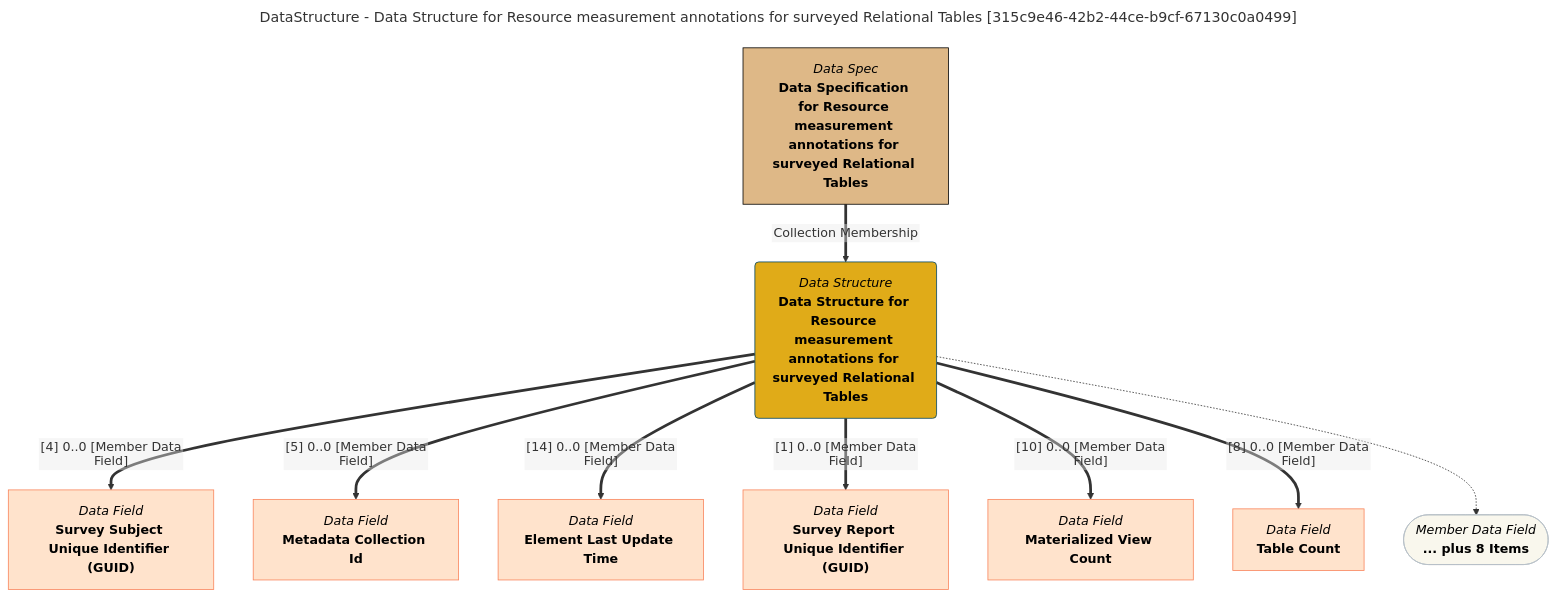
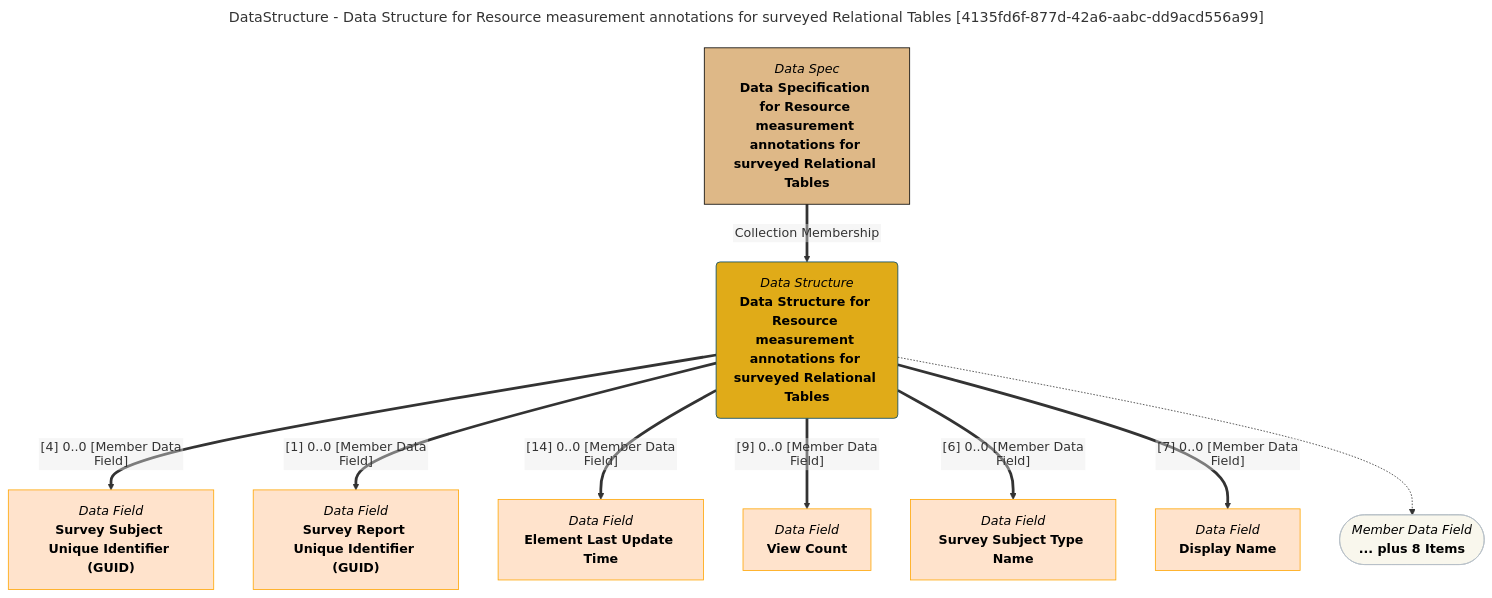
One commit to odpi/egeria-docs changed the diagram in site/snippets/data-structures/data-structure-for-resource-measurement-annotations-for-surveyed-relational-tables-mermaid-graph.md. Above: the diagram before and after it, drawn with Mermaid. The commit also changed 2201 other files, not shown here.

````diff
--- a/site/snippets/data-structures/data-structure-for-resource-measurement-annotations-for-surveyed-relational-tables-mermaid-graph.md
+++ b/site/snippets/data-structures/data-structure-for-resource-measurement-annotations-for-surveyed-relational-tables-mermaid-graph.md
@@ -1,43 +1,43 @@
 ```mermaid
 ---
-title: DataStructure - Data Structure for Resource measurement annotations for surveyed Relational Tables [315c9e46-42b2-44ce-b9cf-67130c0a0499]
+title: DataStructure - Data Structure for Resource measurement annotations for surveyed Relational Tables [4135fd6f-877d-42a6-aabc-dd9acd556a99]
 ---
 flowchart TD
 %%{init: {"flowchart": {"htmlLabels": false}} }%%
 
 1@{ shape: rounded, label: "*Data Structure*
 **Data Structure for Resource measurement annotations for surveyed Relational Tables**"}
 2@{ shape: rect, label: "*Data Spec*
 **Data Specification for Resource measurement annotations for surveyed Relational Tables**"}
 2==>|"Collection Membership"|1
 3@{ shape: rect, label: "*Data Field*
 **Survey Subject Unique Identifier (GUID)**"}
 1==>|"[4] 0..0 [Member Data Field]"|3
 4@{ shape: rect, label: "*Data Field*
-**Metadata Collection Id**"}
-1==>|"[5] 0..0 [Member Data Field]"|4
+**Survey Report Unique Identifier (GUID)**"}
+1==>|"[1] 0..0 [Member Data Field]"|4
 5@{ shape: rect, label: "*Data Field*
 **Element Last Update Time**"}
 1==>|"[14] 0..0 [Member Data Field]"|5
 6@{ shape: rect, label: "*Data Field*
-**Survey Report Unique Identifier (GUID)**"}
-1==>|"[1] 0..0 [Member Data Field]"|6
+**View Count**"}
+1==>|"[9] 0..0 [Member Data Field]"|6
 7@{ shape: rect, label: "*Data Field*
-**Materialized View Count**"}
-1==>|"[10] 0..0 [Member Data Field]"|7
+**Survey Subject Type Name**"}
+1==>|"[6] 0..0 [Member Data Field]"|7
 8@{ shape: rect, label: "*Data Field*
-**Table Count**"}
-1==>|"[8] 0..0 [Member Data Field]"|8
+**Display Name**"}
+1==>|"[7] 0..0 [Member Data Field]"|8
 9@{ shape: stadium, label: "*Member Data Field*
 **... plus 8 Items**"}
 1-.->9
 style 1 color:#000000, fill:#e0ab18, stroke:#004563
-style 2 color:#000000, fill:#deb887, stroke:#000000
-style 3 color:#000000, fill:#ffe3cc, stroke:#f9845b
-style 4 color:#000000, fill:#ffe3cc, stroke:#f9845b
-style 5 color:#000000, fill:#ffe3cc, stroke:#f9845b
-style 6 color:#000000, fill:#ffe3cc, stroke:#f9845b
-style 7 color:#000000, fill:#ffe3cc, stroke:#f9845b
-style 8 color:#000000, fill:#ffe3cc, stroke:#f9845b
+style 2 color:#000000, fill:#DEB887, stroke:#000000
+style 3 color:#000000, fill:#ffe3cc, stroke:#FFA500
+style 4 color:#000000, fill:#ffe3cc, stroke:#FFA500
+style 5 color:#000000, fill:#ffe3cc, stroke:#FFA500
+style 6 color:#000000, fill:#ffe3cc, stroke:#FFA500
+style 7 color:#000000, fill:#ffe3cc, stroke:#FFA500
+style 8 color:#000000, fill:#ffe3cc, stroke:#FFA500
 style 9 color:#000000, fill:#F9F7ED, stroke:#b7c0c7
 ```
````
